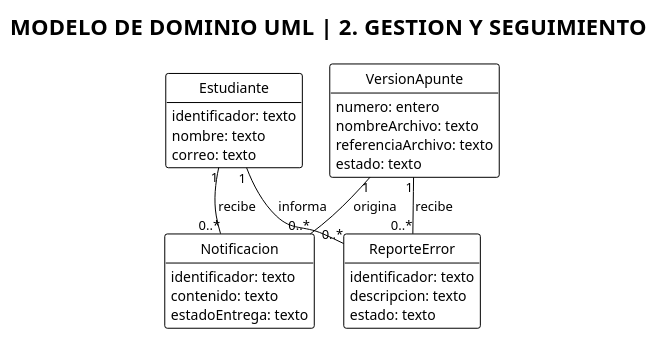
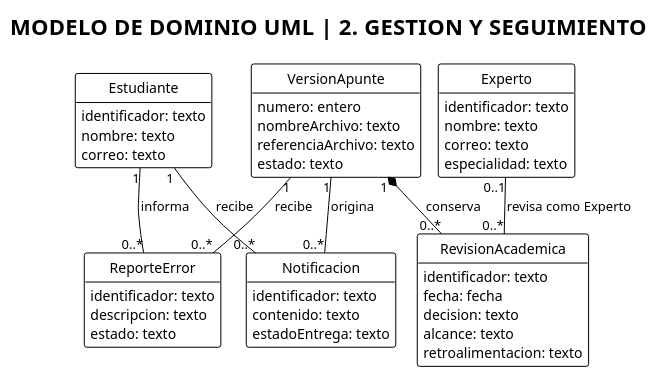
The diagram in diagramas/modelo-dominio-gestion.puml (mapacheCorps/entrega), drawn with PlantUML before and after one commit. The commit also changed 38 other files, not shown here.

```diff
--- a/diagramas/modelo-dominio-gestion.puml
+++ b/diagramas/modelo-dominio-gestion.puml
@@ -1,39 +1,56 @@
 @startuml
 !pragma layout smetana
 !theme plain
 skinparam shadowing false
 skinparam classAttributeIconSize 0
 hide methods
 hide circle
 title MODELO DE DOMINIO UML  |  2. GESTION Y SEGUIMIENTO
 
 class Estudiante {
   identificador: texto
   nombre: texto
   correo: texto
+}
+
+class Experto {
+  identificador: texto
+  nombre: texto
+  correo: texto
+  especialidad: texto
 }
 
 class VersionApunte {
   numero: entero
   nombreArchivo: texto
   referenciaArchivo: texto
   estado: texto
 }
 
 class Notificacion {
   identificador: texto
   contenido: texto
   estadoEntrega: texto
 }
 
 class ReporteError {
   identificador: texto
   descripcion: texto
   estado: texto
 }
 
+class RevisionAcademica {
+  identificador: texto
+  fecha: fecha
+  decision: texto
+  alcance: texto
+  retroalimentacion: texto
+}
+
 VersionApunte "1" -- "0..*" Notificacion : origina
 Estudiante "1" -- "0..*" Notificacion : recibe
 VersionApunte "1" -- "0..*" ReporteError : recibe
 Estudiante "1" -- "0..*" ReporteError : informa
+VersionApunte "1" *-- "0..*" RevisionAcademica : conserva
+Experto "0..1" -- "0..*" RevisionAcademica : revisa como Experto
 @enduml
```
